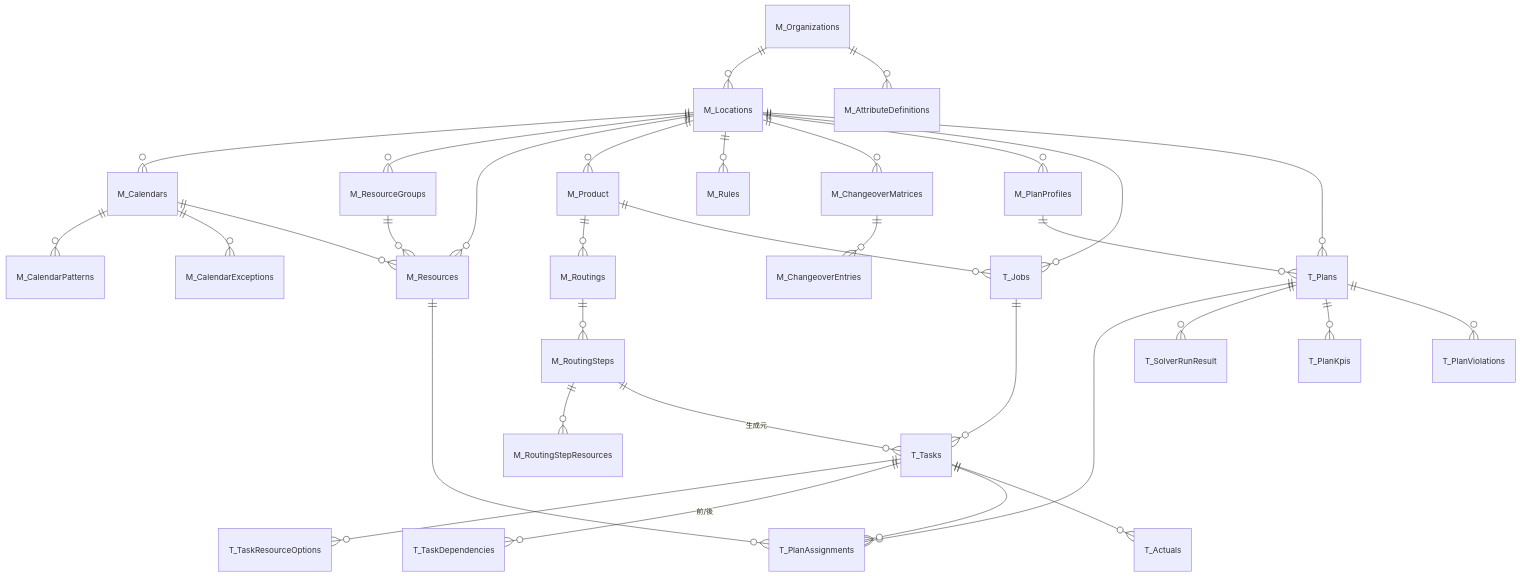
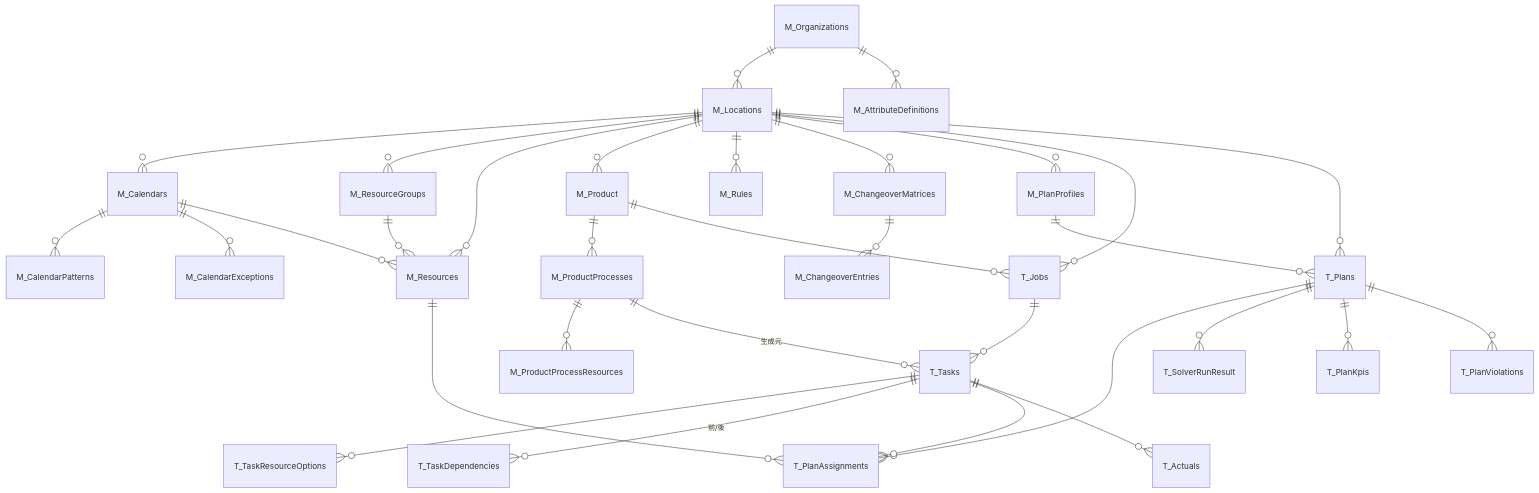
The fourth of 4 diagrams in docs/SYSTEM_OVERVIEW.md (tds-dev/TONOPS-SCH-backend), drawn with Mermaid before and after one commit. The commit also changed other lines of this file and 23 other files, not shown here.

````diff
--- a/docs/SYSTEM_OVERVIEW.md
+++ b/docs/SYSTEM_OVERVIEW.md
@@ -278,35 +280,34 @@
 ```mermaid
 erDiagram
   M_Organizations ||--o{ M_Locations : ""
   M_Organizations ||--o{ M_AttributeDefinitions : ""
   M_Locations ||--o{ M_Calendars : ""
   M_Calendars ||--o{ M_CalendarPatterns : ""
   M_Calendars ||--o{ M_CalendarExceptions : ""
   M_Locations ||--o{ M_ResourceGroups : ""
   M_Locations ||--o{ M_Resources : ""
   M_ResourceGroups ||--o{ M_Resources : ""
   M_Calendars ||--o{ M_Resources : ""
   M_Locations ||--o{ M_Product : ""
-  M_Product ||--o{ M_Routings : ""
-  M_Routings ||--o{ M_RoutingSteps : ""
-  M_RoutingSteps ||--o{ M_RoutingStepResources : ""
+  M_Product ||--o{ M_ProductProcesses : ""
+  M_ProductProcesses ||--o{ M_ProductProcessResources : ""
   M_Locations ||--o{ M_Rules : ""
   M_Locations ||--o{ M_ChangeoverMatrices : ""
   M_ChangeoverMatrices ||--o{ M_ChangeoverEntries : ""
   M_Locations ||--o{ M_PlanProfiles : ""
   M_Locations ||--o{ T_Jobs : ""
   M_Product ||--o{ T_Jobs : ""
   T_Jobs ||--o{ T_Tasks : ""
-  M_RoutingSteps ||--o{ T_Tasks : "生成元"
+  M_ProductProcesses ||--o{ T_Tasks : "生成元"
   T_Tasks ||--o{ T_TaskResourceOptions : ""
   T_Tasks ||--o{ T_TaskDependencies : "前/後"
   M_Locations ||--o{ T_Plans : ""
   M_PlanProfiles ||--o{ T_Plans : ""
   T_Plans ||--o{ T_PlanAssignments : ""
   T_Tasks ||--o{ T_PlanAssignments : ""
   M_Resources ||--o{ T_PlanAssignments : ""
   T_Plans ||--o{ T_SolverRunResult : ""
   T_Plans ||--o{ T_PlanKpis : ""
   T_Plans ||--o{ T_PlanViolations : ""
   T_Tasks ||--o{ T_Actuals : ""
 ```
````
